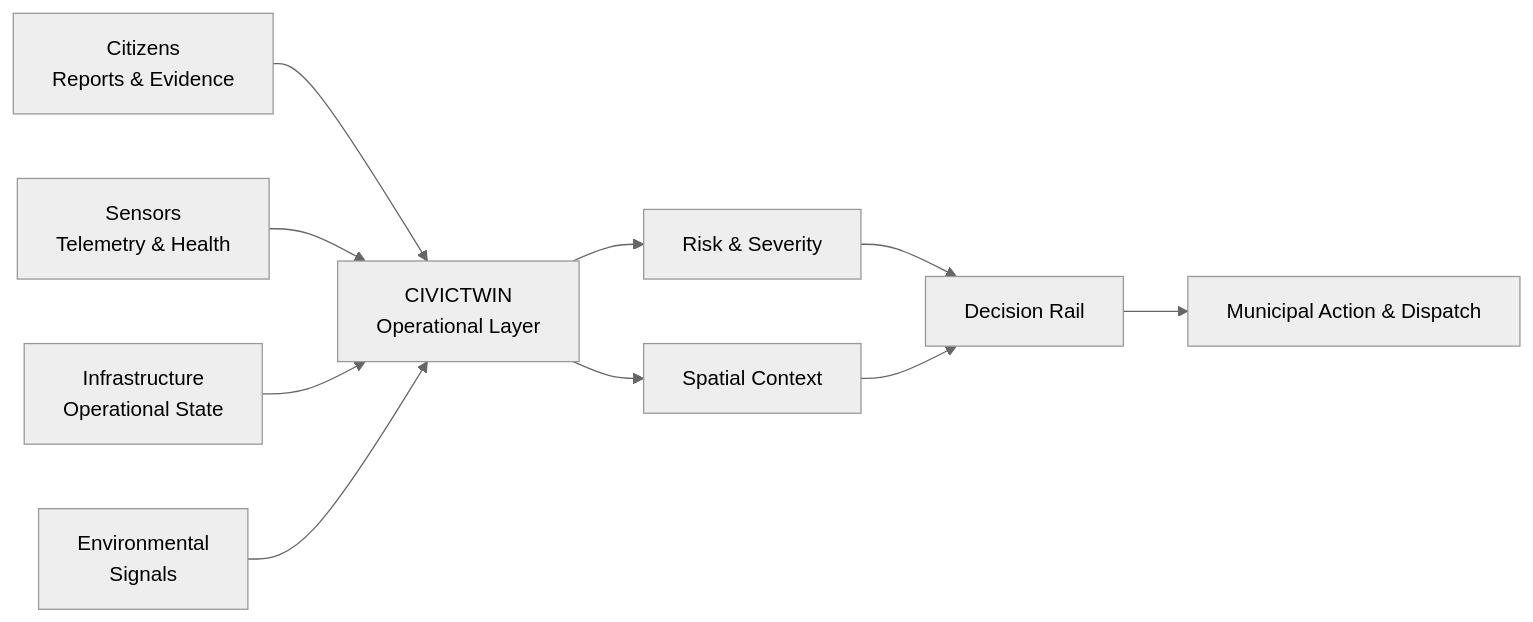
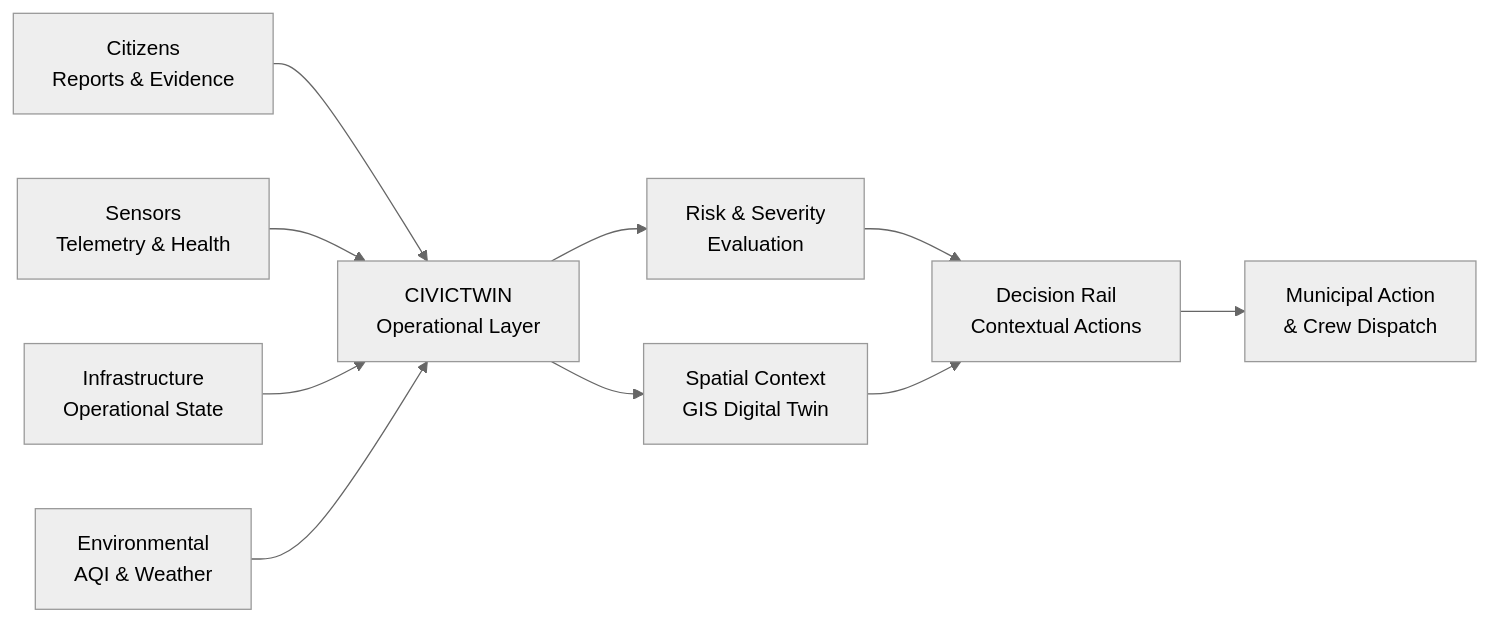
One commit to SIDDHARTHXMEUR/CIVICTWIN changed the first of 5 diagrams in README.md. Above: the diagram before and after it, drawn with Mermaid (neutral theme). The commit also changed other lines of this file, not shown here.

Commit message:
docs: professionally polish README with comprehensive technical architecture and operational lifecycle documentation

````diff
--- a/README.md
+++ b/README.md
@@ -31,22 +43,22 @@
 ```mermaid
 flowchart LR 
-C["Citizens<br/>Reports & Evidence"] 
-S["Sensors<br/>Telemetry & Health"] 
-I["Infrastructure<br/>Operational State"] 
-E["Environmental<br/>Signals"] 
-T["CIVICTWIN<br/>Operational Layer"] 
-R["Risk & Severity"] 
-M["Spatial Context"] 
-D["Decision Rail"] 
-A["Municipal Action & Dispatch"] 
+    C["Citizens<br/>Reports & Evidence"] 
+    S["Sensors<br/>Telemetry & Health"] 
+    I["Infrastructure<br/>Operational State"] 
+    E["Environmental<br/>AQI & Weather"] 
+    T["CIVICTWIN<br/>Operational Layer"] 
+    R["Risk & Severity<br/>Evaluation"] 
+    M["Spatial Context<br/>GIS Digital Twin"] 
+    D["Decision Rail<br/>Contextual Actions"] 
+    A["Municipal Action<br/>& Crew Dispatch"] 
 
-C --> T 
-S --> T 
-I --> T 
-E --> T 
-T --> R 
-T --> M 
-R --> D 
-M --> D 
-D --> A
+    C --> T 
+    S --> T 
+    I --> T 
+    E --> T 
+    T --> R 
+    T --> M 
+    R --> D 
+    M --> D 
+    D --> A
 ```
````
